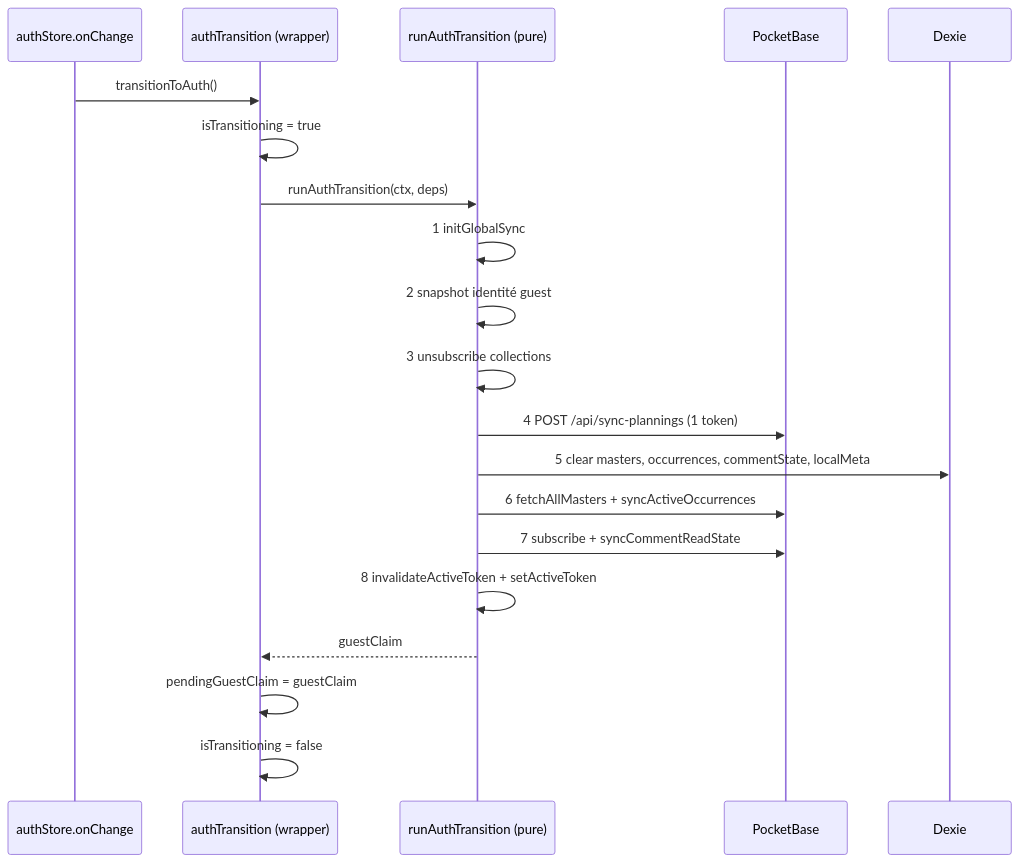
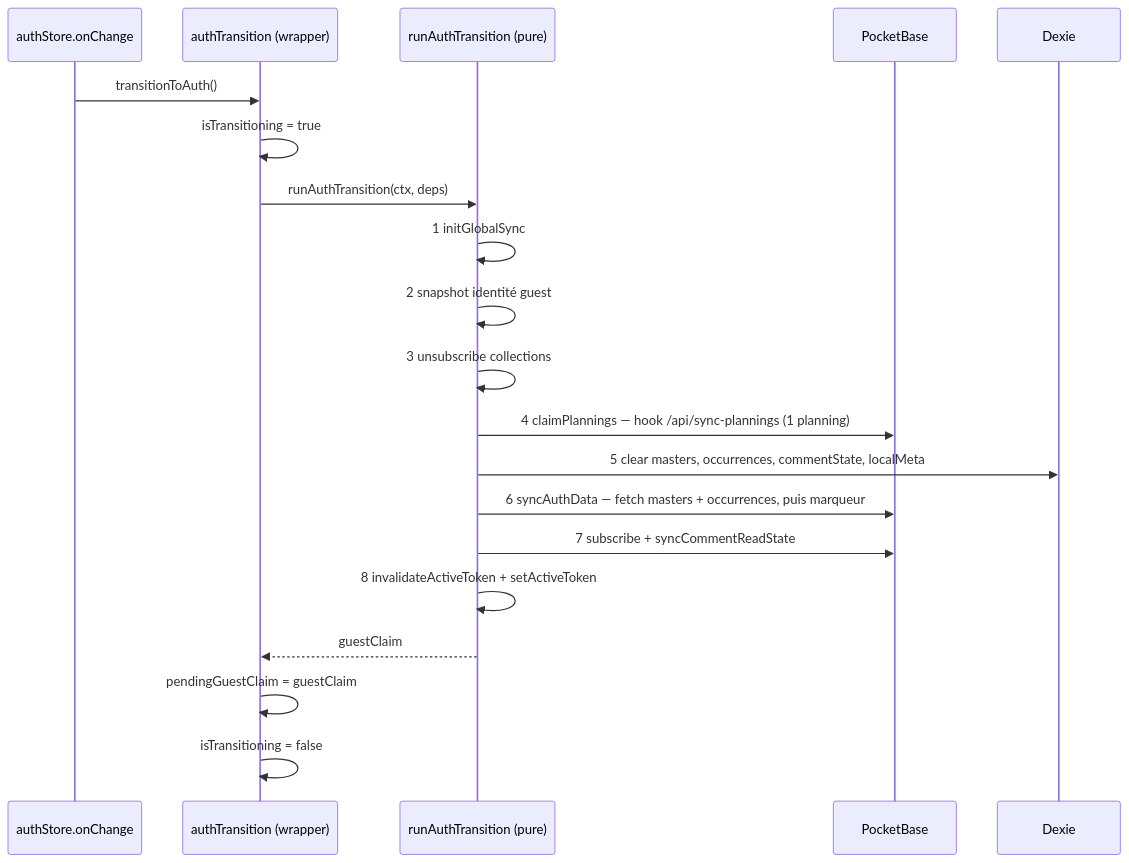
One commit to QaldeK/oupla-planning changed the second of 2 diagrams in docs/architecture/auth-identity.md. Above: the diagram before and after it, drawn with Mermaid. The commit also changed other lines of this file and 16 other files, not shown here.

First line of the commit message:
refactor(auth): single owner for the post-auth data sequence

````diff
--- a/docs/architecture/auth-identity.md
+++ b/docs/architecture/auth-identity.md
@@ -77,22 +77,22 @@
 ```mermaid
 sequenceDiagram
   participant AS as authStore.onChange
   participant W as authTransition (wrapper)
   participant R as runAuthTransition (pure)
   participant PB as PocketBase
   participant D as Dexie
   AS->>W: transitionToAuth()
   W->>W: isTransitioning = true
   W->>R: runAuthTransition(ctx, deps)
   R->>R: 1 initGlobalSync
   R->>R: 2 snapshot identité guest
   R->>R: 3 unsubscribe collections
-  R->>PB: 4 POST /api/sync-plannings (1 token)
+  R->>PB: 4 claimPlannings — hook /api/sync-plannings (1 planning)
   R->>D: 5 clear masters, occurrences, commentState, localMeta
-  R->>PB: 6 fetchAllMasters + syncActiveOccurrences
+  R->>PB: 6 syncAuthData — fetch masters + occurrences, puis marqueur
   R->>PB: 7 subscribe + syncCommentReadState
   R->>R: 8 invalidateActiveToken + setActiveToken
   R-->>W: guestClaim
   W->>W: pendingGuestClaim = guestClaim
   W->>W: isTransitioning = false
 ```
````
